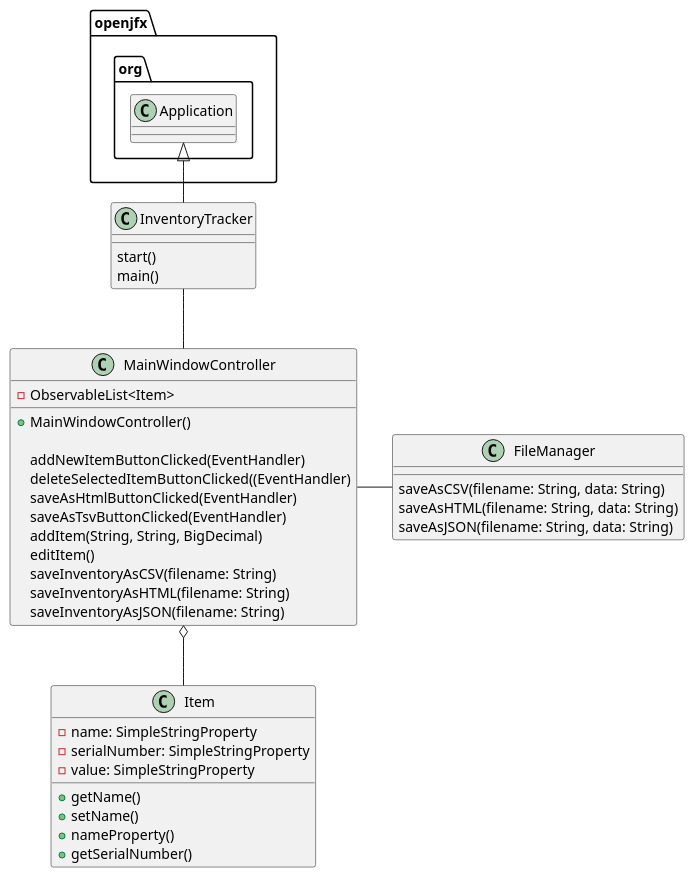
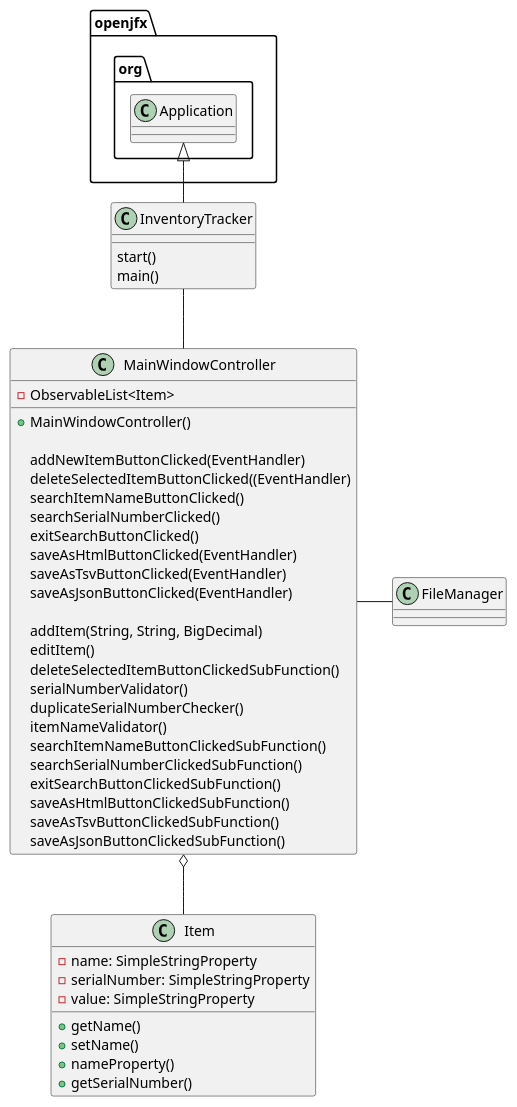
Before and after one commit to cepedaj0601/cepeda-0736-a5: the diagram in uml/exercise56.puml, drawn with PlantUML. The commit also changed 1 other file, not shown here.

Commit message:
file manager changes

```diff
--- a/uml/exercise56.puml
+++ b/uml/exercise56.puml
@@ -1,49 +1,53 @@
 @startuml
 
 class InventoryTracker {
     start()
     main()
 }
 
 class MainWindowController {
 
     + MainWindowController()
 
     addNewItemButtonClicked(EventHandler)
     deleteSelectedItemButtonClicked((EventHandler)
+    searchItemNameButtonClicked()
+    searchSerialNumberClicked()
+    exitSearchButtonClicked()
     saveAsHtmlButtonClicked(EventHandler)
     saveAsTsvButtonClicked(EventHandler)
-
+    saveAsJsonButtonClicked(EventHandler)
 
     addItem(String, String, BigDecimal)
     editItem()
-    saveInventoryAsCSV(filename: String)
-    saveInventoryAsHTML(filename: String)
-    saveInventoryAsJSON(filename: String)
+    deleteSelectedItemButtonClickedSubFunction()
+    serialNumberValidator()
+    duplicateSerialNumberChecker()
+    itemNameValidator()
+    searchItemNameButtonClickedSubFunction()
+    searchSerialNumberClickedSubFunction()
+    exitSearchButtonClickedSubFunction()
+    saveAsHtmlButtonClickedSubFunction()
+    saveAsTsvButtonClickedSubFunction()
+    saveAsJsonButtonClickedSubFunction()
 
     - ObservableList<Item>
 }
 
 class Item {
     - name: SimpleStringProperty
     - serialNumber: SimpleStringProperty
     - value: SimpleStringProperty
 
     + getName()
     + setName()
     + nameProperty()
     + getSerialNumber()
     '...
 }
 
-class FileManager {
-    saveAsCSV(filename: String, data: String)
-    saveAsHTML(filename: String, data: String)
-    saveAsJSON(filename: String, data: String)
-}
-
 openjfx.org.Application <|-- InventoryTracker
 InventoryTracker -- MainWindowController
 MainWindowController - FileManager
 MainWindowController o-- Item
 @enduml
```
